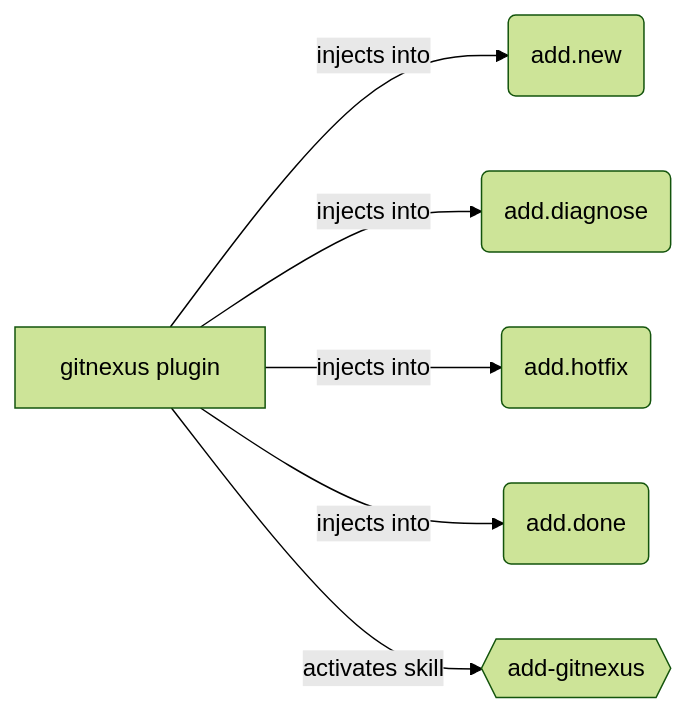
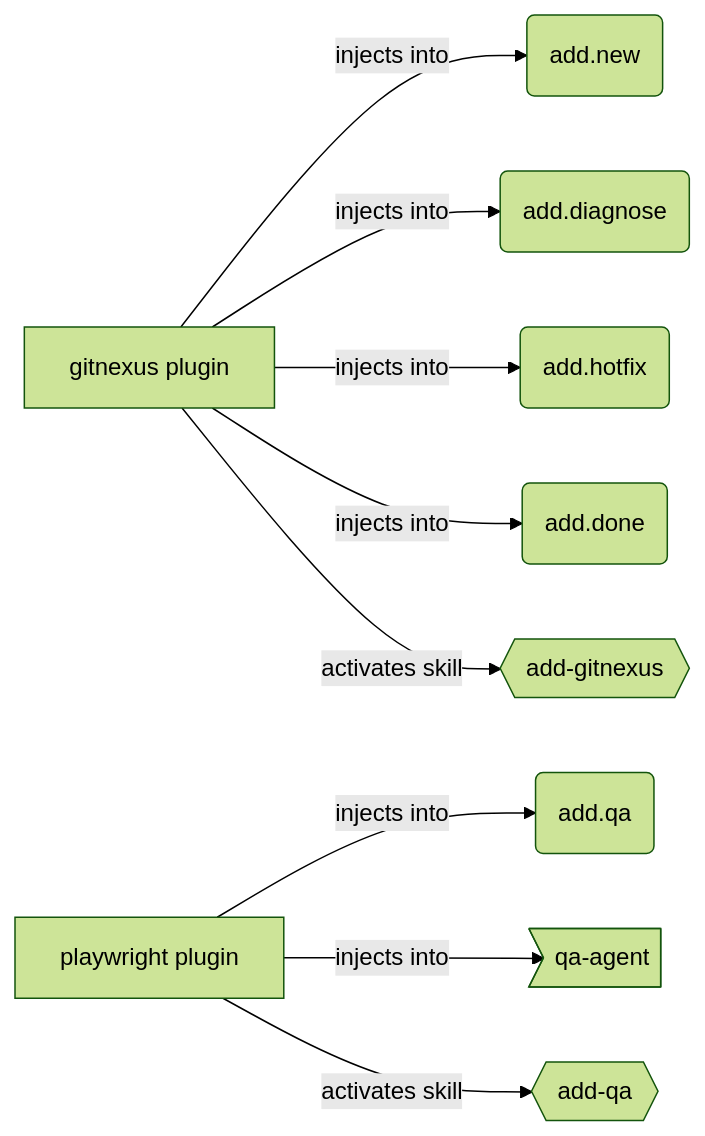
Before and after one commit to brabos-ai/code-addiction: the fourth of 4 diagrams in ecosystem.md, drawn with Mermaid (forest theme). The commit also changed other lines of this file and 6 other files, not shown here.

First line of the commit message:
docs: sync ecosystem map and web docs for add.qa Playwright plugin

````diff
--- a/ecosystem.md
+++ b/ecosystem.md
@@ -163,13 +173,22 @@
 ```mermaid
 graph LR
   GNX[gitnexus plugin]
   GNX_SK{{add-gitnexus}}
 
   NEW(add.new)
   DIAGNOSE(add.diagnose)
   HOTFIX(add.hotfix)
   DONE(add.done)
 
   GNX -->|injects into| NEW & DIAGNOSE & HOTFIX & DONE
   GNX -->|activates skill| GNX_SK
+
+  PW[playwright plugin]
+  PW_SK{{add-qa}}
+
+  QA(add.qa)
+  QAA>qa-agent]
+
+  PW -->|injects into| QA & QAA
+  PW -->|activates skill| PW_SK
 ```
````
